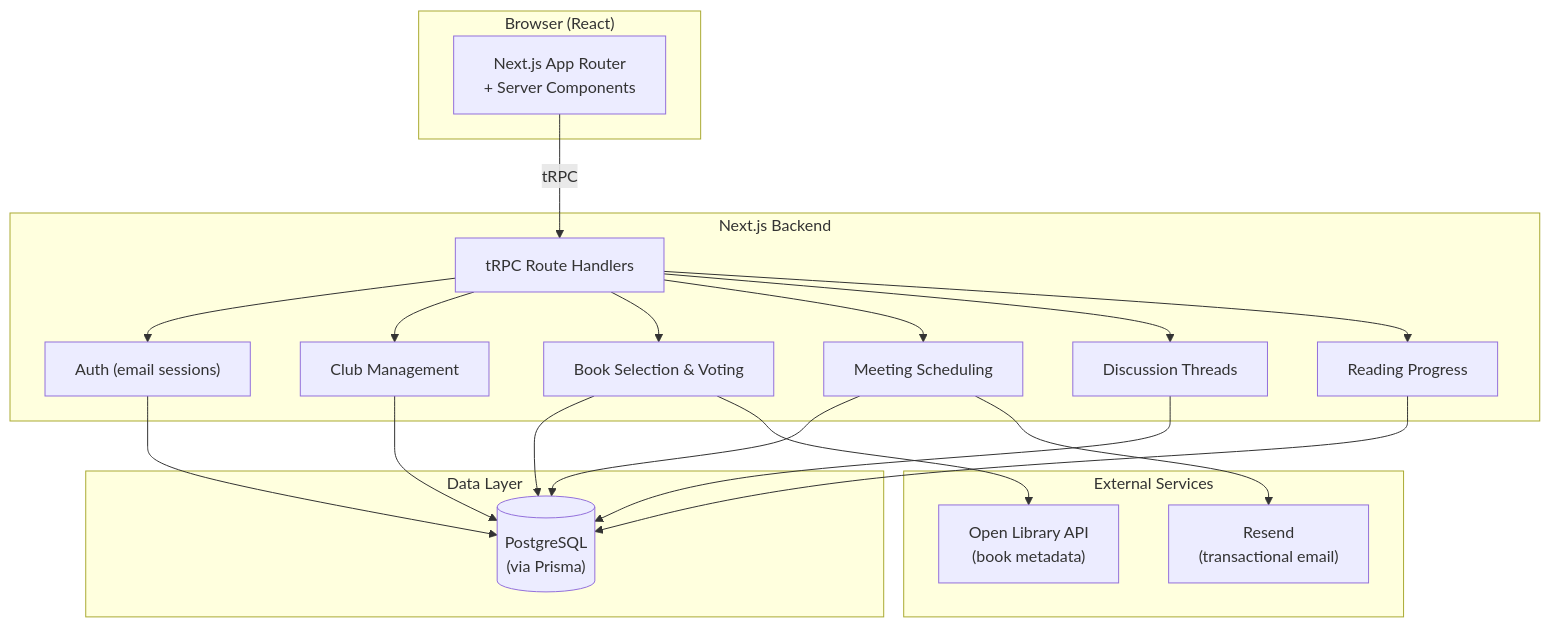
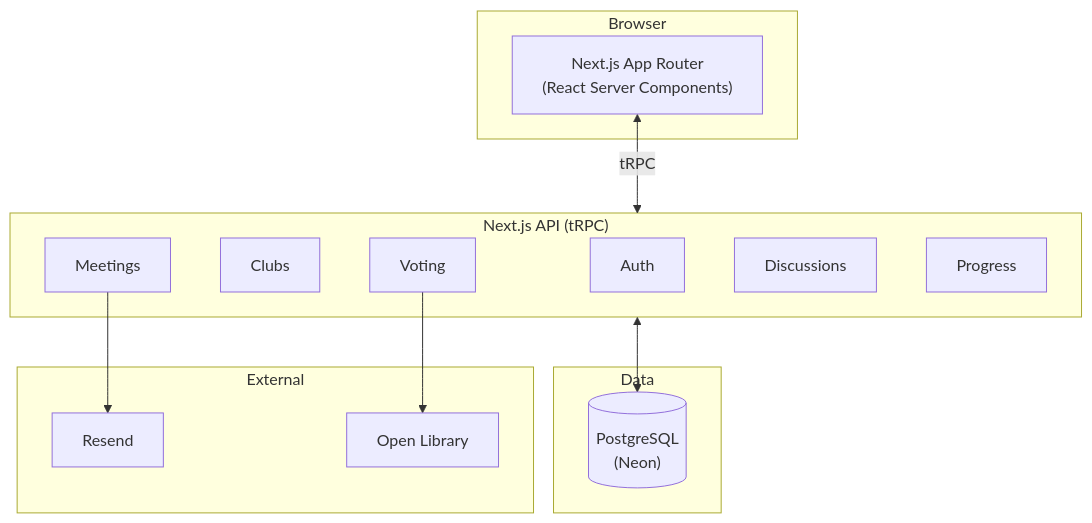
Before and after one commit to evanlwang/bookclub-hub: the first of 3 diagrams in docs/high-level-design.md, drawn with Mermaid. The commit also changed other lines of this file and 122 other files, not shown here.

````diff
--- a/docs/high-level-design.md
+++ b/docs/high-level-design.md
@@ -99,41 +99,29 @@
 ```mermaid
 flowchart TB
-    subgraph client["Browser (React)"]
-        next["Next.js App Router\n+ Server Components"]
+    subgraph client["Browser"]
+        next["Next.js App Router\n(React Server Components)"]
     end
 
-    subgraph server["Next.js Backend"]
-        trpc["tRPC Route Handlers"]
-        auth["Auth (email sessions)"]
-        club["Club Management"]
-        book["Book Selection & Voting"]
-        meet["Meeting Scheduling"]
-        disc["Discussion Threads"]
-        prog["Reading Progress"]
+    subgraph server["Next.js API (tRPC)"]
+        auth["Auth"]
+        club["Clubs"]
+        book["Voting"]
+        meet["Meetings"]
+        disc["Discussions"]
+        prog["Progress"]
     end
 
-    subgraph data["Data Layer"]
-        db[("PostgreSQL\n(via Prisma)")]
+    subgraph data["Data"]
+        db[("PostgreSQL\n(Neon)")]
     end
 
-    subgraph external["External Services"]
-        resend["Resend\n(transactional email)"]
-        bookapi["Open Library API\n(book metadata)"]
+    subgraph external["External"]
+        resend["Resend"]
+        bookapi["Open Library"]
     end
 
-    next -->|tRPC| trpc
-    trpc --> auth
-    trpc --> club
-    trpc --> book
-    trpc --> meet
-    trpc --> disc
-    trpc --> prog
-    auth --> db
-    club --> db
-    book --> db
+    next <-->|tRPC| server
+    server <--> db
     book --> bookapi
-    meet --> db
     meet --> resend
-    disc --> db
-    prog --> db
 ```
````
